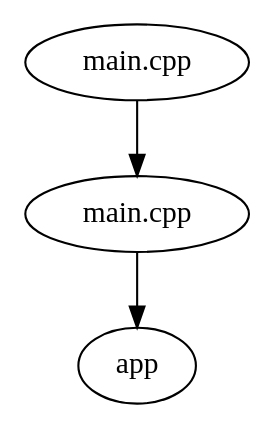
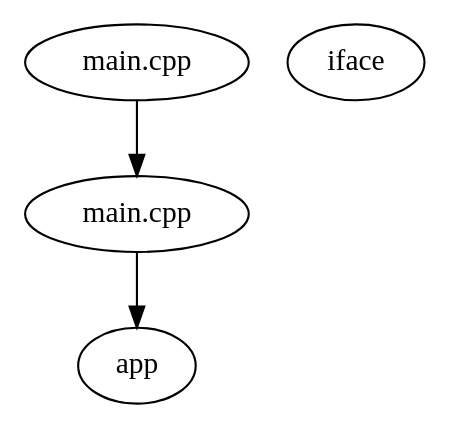
Before and after one commit to pt9912/cmake-xray: the diagram in docs/examples/impact-report-targets.dot, drawn with Graphviz. The commit also changed 38 other files, not shown here.

```diff
--- a/docs/examples/impact-report-targets.dot
+++ b/docs/examples/impact-report-targets.dot
@@ -1,12 +1,14 @@
 digraph cmake_xray_impact {
   xray_report_type="impact";
   format_version=2;
   graph_node_limit=100;
   graph_edge_limit=200;
   graph_truncated=false;
+  graph_target_graph_status="loaded";
   changed_file [kind="changed_file", label="main.cpp", path="/project/src/main.cpp"];
   direct_tu_1 [kind="translation_unit", impact="direct", label="main.cpp", path="/project/src/main.cpp", directory="/project/build", unique_key="/project/src/main.cpp|/project/build"];
   target_1 [kind="target", impact="direct", label="app", name="app", type="EXECUTABLE", unique_key="app::EXECUTABLE"];
+  target_2 [kind="target", impact="heuristic", label="iface", name="iface", type="INTERFACE_LIBRARY", unique_key="iface::INTERFACE_LIBRARY"];
   changed_file -> direct_tu_1 [kind="changed_file_direct_tu", style="solid"];
   direct_tu_1 -> target_1 [kind="direct_tu_target", style="solid"];
 }
```
